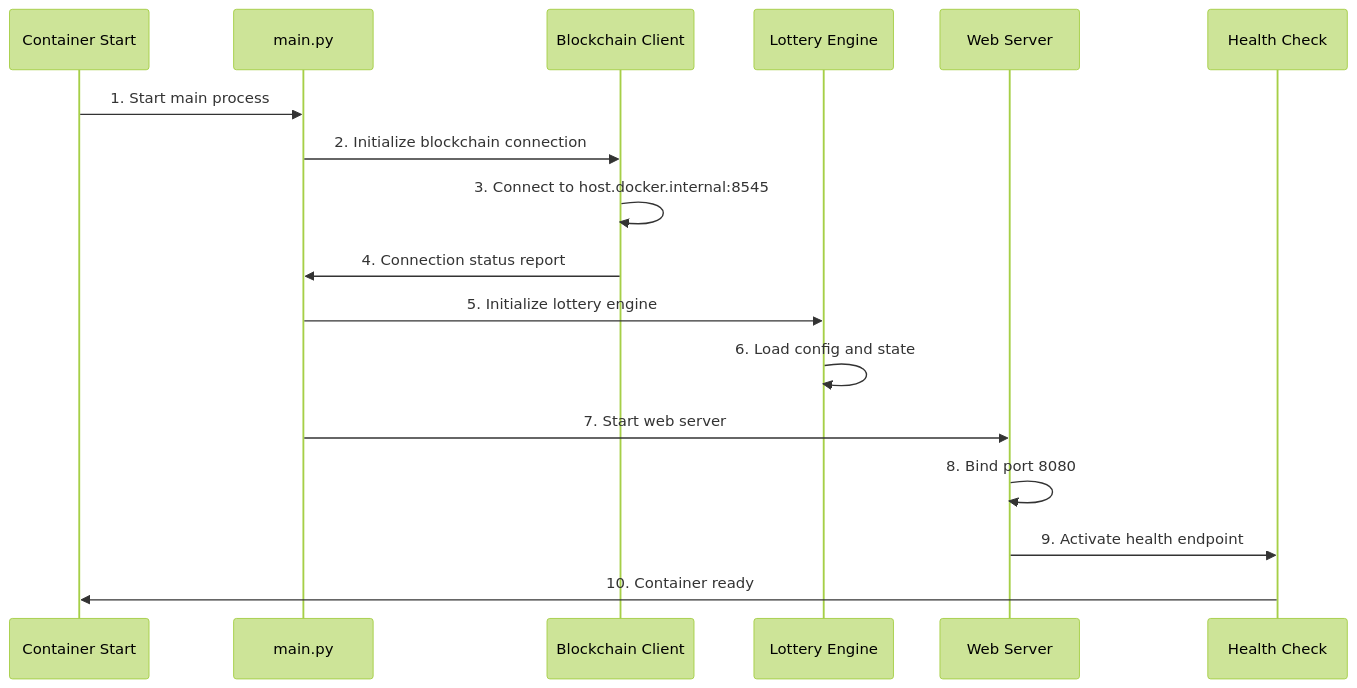
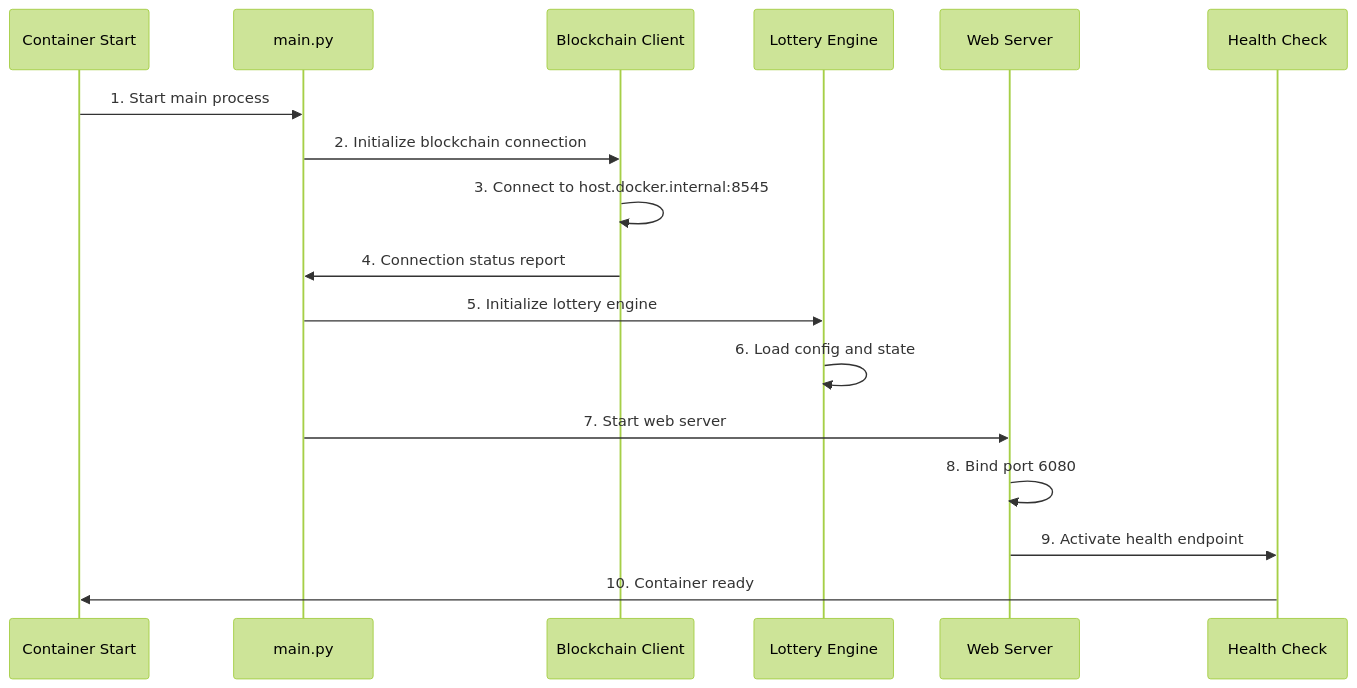
The diagram in docs/DOCKER_ARCHITECTURE.md (zfdang/enclave-lottery-app), drawn with Mermaid (forest theme) before and after one commit. The commit also changed other lines of this file and 12 other files, not shown here.

````diff
--- a/docs/DOCKER_ARCHITECTURE.md
+++ b/docs/DOCKER_ARCHITECTURE.md
@@ -312,20 +312,20 @@
 ```mermaid
 sequenceDiagram
     participant Container as Container Start
     participant Main as main.py
     participant Blockchain as Blockchain Client
     participant Lottery as Lottery Engine
     participant WebServer as Web Server
     participant HealthCheck as Health Check
 
     Container->>Main: 1. Start main process
     Main->>Blockchain: 2. Initialize blockchain connection
     Blockchain->>Blockchain: 3. Connect to host.docker.internal:8545
     Blockchain->>Main: 4. Connection status report
     Main->>Lottery: 5. Initialize lottery engine
     Lottery->>Lottery: 6. Load config and state
     Main->>WebServer: 7. Start web server
-    WebServer->>WebServer: 8. Bind port 8080
+    WebServer->>WebServer: 8. Bind port 6080
     WebServer->>HealthCheck: 9. Activate health endpoint
     HealthCheck->>Container: 10. Container ready
 ```
````
